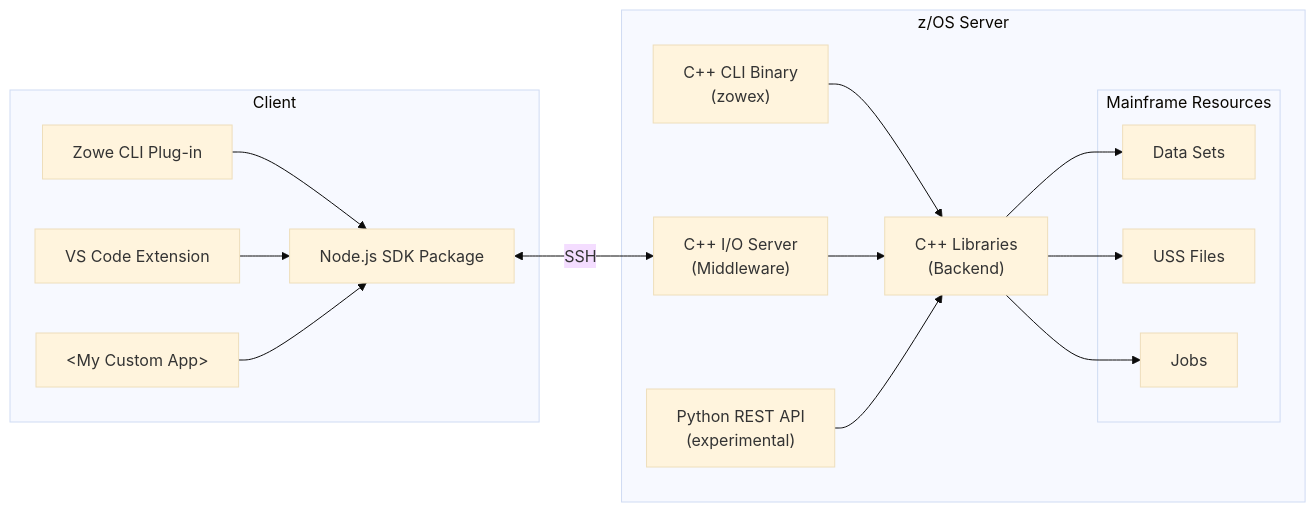
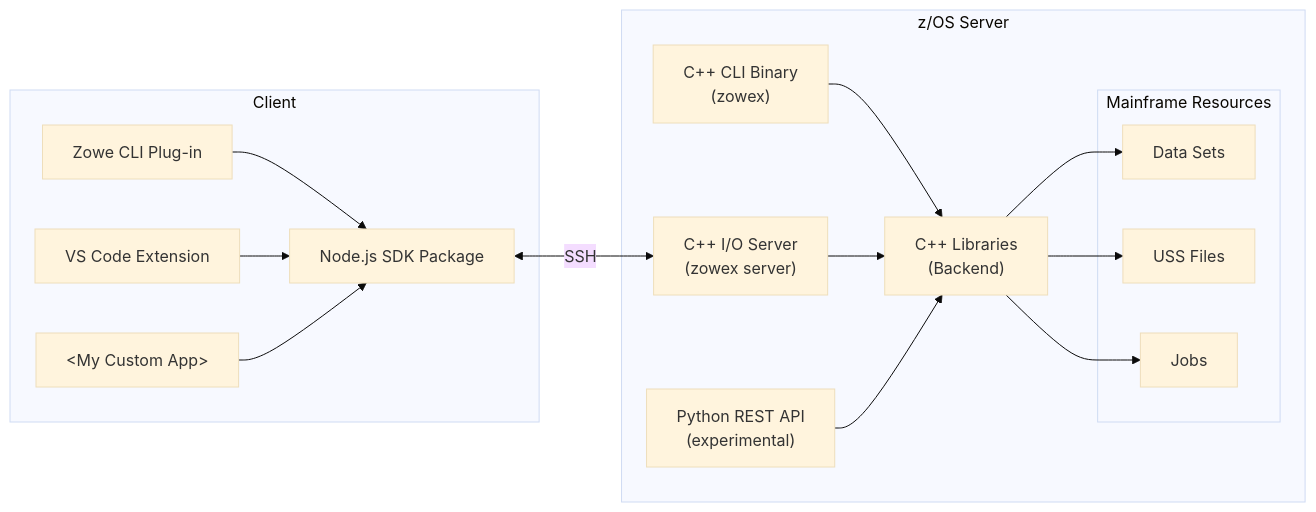
One commit to zowe/zowe-native-proto changed the diagram in README.md. Above: the diagram before and after it, drawn with Mermaid (base theme). The commit also changed other lines of this file and 54 other files, not shown here.

First line of the commit message:
feat: `zowex server` cmd; add `-O2` optimization in release builds (#849)

````diff
--- a/README.md
+++ b/README.md
@@ -117,28 +117,28 @@
 ```mermaid
 graph LR
   subgraph Client
   sdk[Node.js SDK Package]
   cli[Zowe CLI Plug-in]-->sdk
   vsce[VS Code Extension]-->sdk
   other[&lt;My Custom App&gt;]-->sdk
   end
   subgraph z/OS Server
   zowex["C++ CLI Binary<br>(zowex)"]-->cpp
-  ioserver["C++ I/O Server<br>(Middleware)"]-->cpp["C++ Libraries<br>(Backend)"]
+  ioserver["C++ I/O Server<br>(zowex server)"]-->cpp["C++ Libraries<br>(Backend)"]
   python["Python REST API<br>(experimental)"]-->cpp
   sdk<-->|SSH|ioserver
   subgraph Mainframe Resources
   ds[Data Sets]
   uss[USS Files]
   jobs[Jobs]
   end
   cpp-->ds
   cpp-->uss
   cpp-->jobs
   end
   click sdk "https://github.com/zowe/zowe-native-proto/blob/main/doc/client/architecture.md#sdk-package"
   click cli "https://github.com/zowe/zowe-native-proto/blob/main/doc/client/architecture.md#cli-plug-in"
   click vsce "https://github.com/zowe/zowe-native-proto/blob/main/doc/client/architecture.md#vs-code-extension"
-  click ioserver "https://github.com/zowe/zowe-native-proto/blob/main/doc/server/zowed_architecture.md"
-  click zowex "https://github.com/zowe/zowe-native-proto/blob/main/doc/server/zowex_architecture.md"
+  click ioserver "https://github.com/zowe/zowe-native-proto/blob/main/doc/backend/server_architecture.md"
+  click zowex "https://github.com/zowe/zowe-native-proto/blob/main/doc/backend/zowex_architecture.md"
 ```
````
